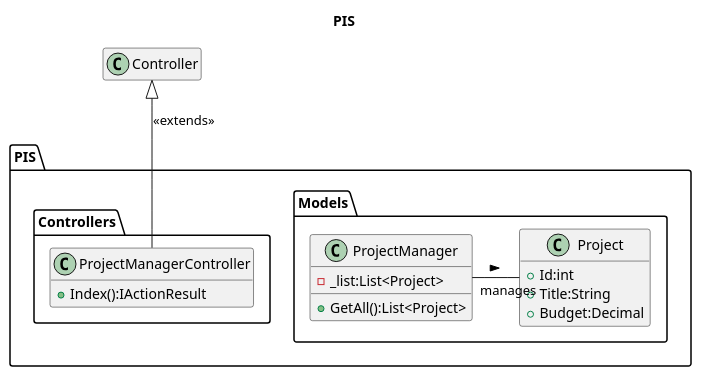
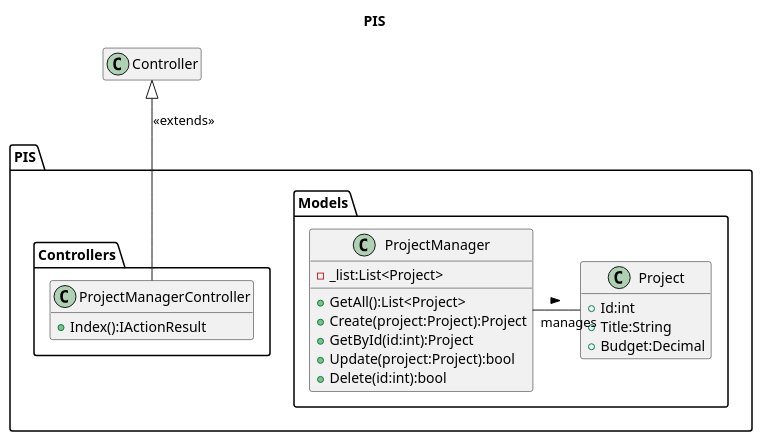
One commit to zcomert/project-information-system changed the diagram in UMLs/PIS.wsd. Above: the diagram before and after it, drawn with PlantUML. The commit also changed 3 other files, not shown here.

```diff
--- a/UMLs/PIS.wsd
+++ b/UMLs/PIS.wsd
@@ -1,35 +1,40 @@
 @startuml
 title PIS
 
 package PIS.Models
 {
     class Project
     {
         +Id:int
         +Title:String
         +Budget:Decimal
     }
 
     class ProjectManager
     {
         -_list:List<Project>
+        
         +GetAll():List<Project>
+        +Create(project:Project):Project
+        +GetById(id:int):Project
+        +Update(project:Project):bool
+        +Delete(id:int):bool
     }
 }
 
 package PIS.Controllers 
 {
     class ProjectManagerController{
         +Index():IActionResult
     }
 }
 
 class Controller{}
 
 ProjectManager - Project : > "manages"
 ProjectManagerController -up-|> Controller : "<<extends>>"
 
 
 
 hide empty members
 @enduml
```
